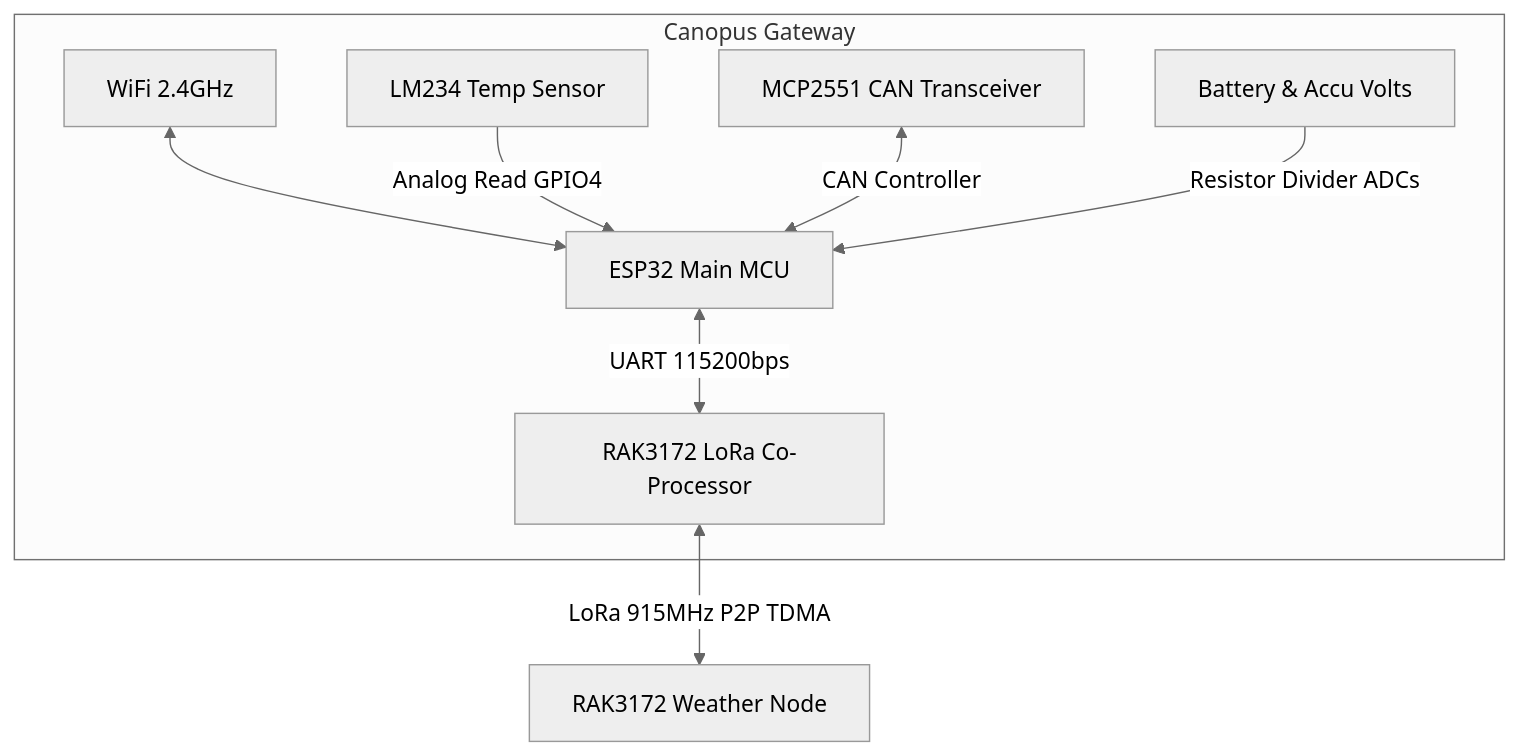
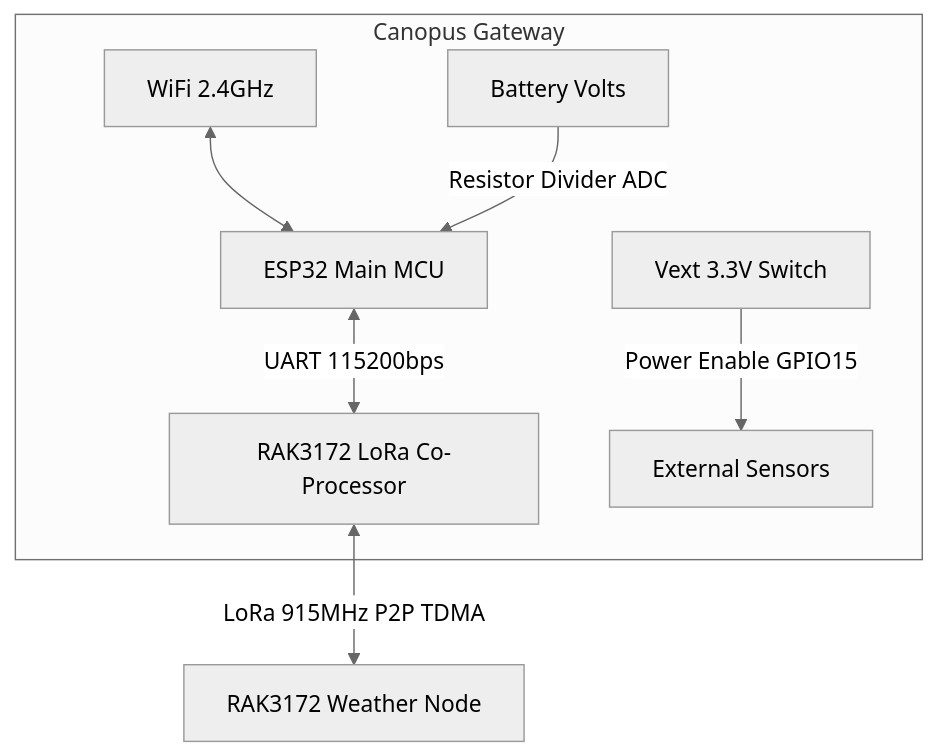
Before and after one commit to NamNamIoT/ArduLoFi: the first of 2 diagrams in examples/ArduLoFi_Canopus/hackaday_post.md, drawn with Mermaid (neutral theme). The commit also changed other lines of this file, not shown here.

````diff
--- a/examples/ArduLoFi_Canopus/hackaday_post.md
+++ b/examples/ArduLoFi_Canopus/hackaday_post.md
@@ -22,11 +22,10 @@
 ```mermaid
 graph TD
     subgraph Canopus Gateway
         ESP32[ESP32 Main MCU] <-->|UART 115200bps| RAK_GW[RAK3172 LoRa Co-Processor]
         WiFi[WiFi 2.4GHz] <--> ESP32
-        LM234[LM234 Temp Sensor] -->|Analog Read GPIO4| ESP32
-        MCP[MCP2551 CAN Transceiver] <-->|CAN Controller| ESP32
-        PWR[Battery & Accu Volts] -->|Resistor Divider ADCs| ESP32
+        PWR[Battery Volts] -->|Resistor Divider ADC| ESP32
+        VEXT[Vext 3.3V Switch] -->|Power Enable GPIO15| Sensors[External Sensors]
     end
     RAK_GW <-->|LoRa 915MHz P2P TDMA| Node[RAK3172 Weather Node]
 ```
````
